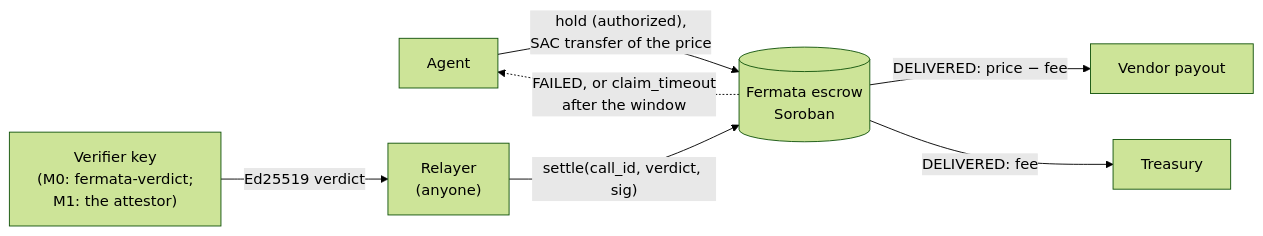
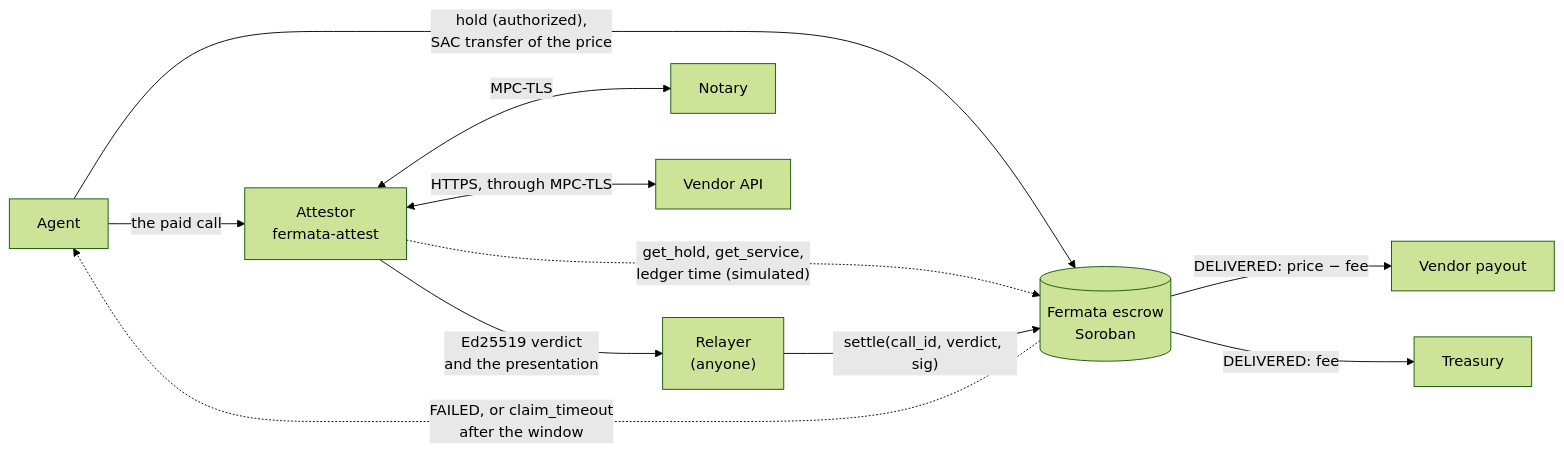
The first of 2 diagrams in docs/architecture.md (bilgin-kocak/fermata-stellar), drawn with Mermaid (forest theme) before and after one commit. The commit also changed other lines of this file and 7 other files, not shown here.

First line of the commit message:
docs: Milestone 1 in the README, architecture, trust model and roadmap

````diff
--- a/docs/architecture.md
+++ b/docs/architecture.md
@@ -19,9 +21,13 @@
 ```mermaid
 flowchart LR
   A["Agent"] -->|"hold (authorized),<br/>SAC transfer of the price"| E[("Fermata escrow<br/>Soroban")]
-  V["Verifier key<br/>(M0: fermata-verdict;<br/>M1: the attestor)"] -->|"Ed25519 verdict"| R["Relayer<br/>(anyone)"]
+  A -->|"the paid call"| AT["Attestor<br/>fermata-attest"]
+  AT <-->|"MPC-TLS"| N["Notary"]
+  AT <-->|"HTTPS, through MPC-TLS"| VE["Vendor API"]
+  AT -.->|"get_hold, get_service,<br/>ledger time (simulated)"| E
+  AT -->|"Ed25519 verdict<br/>and the presentation"| R["Relayer<br/>(anyone)"]
   R -->|"settle(call_id, verdict, sig)"| E
   E -->|"DELIVERED: price − fee"| P["Vendor payout"]
   E -->|"DELIVERED: fee"| T["Treasury"]
   E -.->|"FAILED, or claim_timeout<br/>after the window"| A
 ```
````
